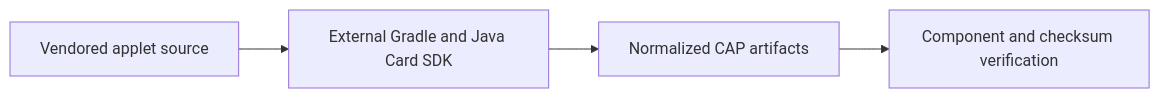
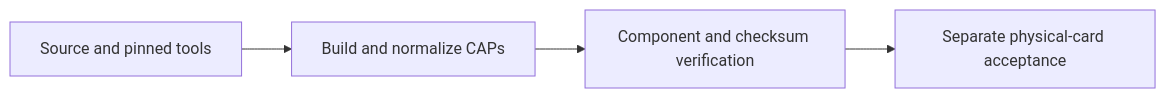
Before and after one commit to nuri-com/nuri-passkey-prf-smartcard: the diagram in dist/README.md, drawn with Mermaid. The commit also changed other lines of this file and 58 other files, not shown here.

````diff
--- a/dist/README.md
+++ b/dist/README.md
@@ -67,6 +3,6 @@
 ```mermaid
 flowchart LR
-  S[Vendored applet source] --> B[External Gradle and Java Card SDK]
-  B --> C[Normalized CAP artifacts]
-  C --> V[Component and checksum verification]
+  S[Source and pinned tools] --> B[Build and normalize CAPs]
+  B --> C[Component and checksum verification]
+  C --> H[Separate physical-card acceptance]
 ```
````
